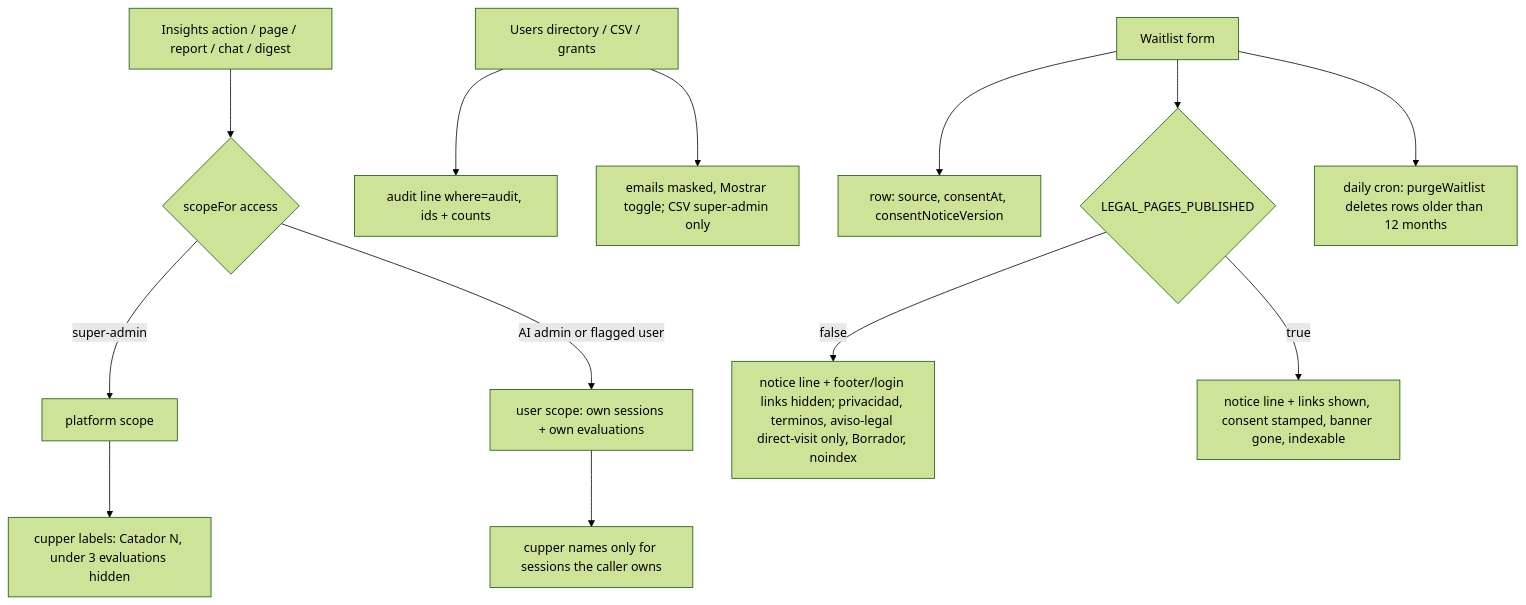
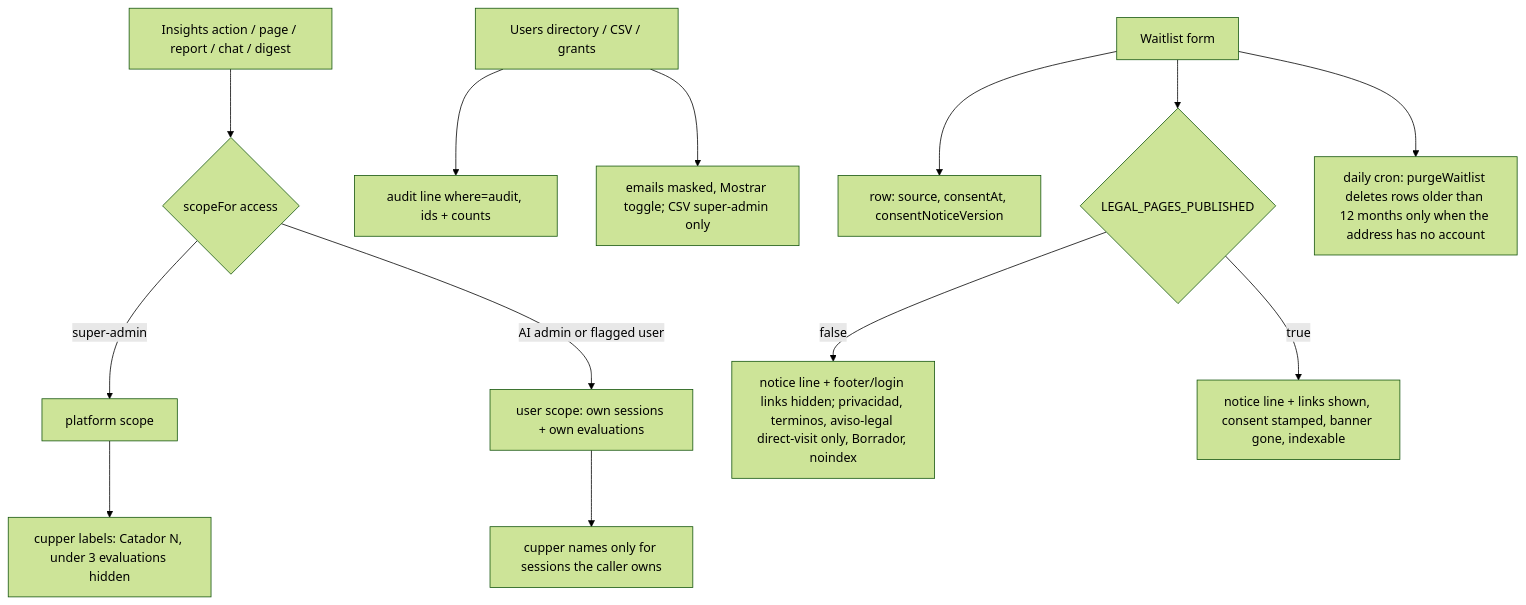
Diagram 15 of 17 in docs/flows.md (ricardovelezd27/cata-cafe), drawn with Mermaid (forest theme) before and after one commit. The commit also changed 13 other files, not shown here.

Commit message:
S10 WP9a: English back in step with the corrected Spanish, sub-heading blocks, no locale cookie, account-aware waitlist purge, sitemap, stronger tests

````diff
--- a/docs/flows.md
+++ b/docs/flows.md
@@ -939,15 +939,15 @@
 ```mermaid
 flowchart TD
   A[Insights action / page / report / chat / digest] --> S{scopeFor access}
   S -- super-admin --> P[platform scope]
   S -- AI admin or flagged user --> U[user scope: own sessions + own evaluations]
   P --> C[cupper labels: Catador N, under 3 evaluations hidden]
   U --> N[cupper names only for sessions the caller owns]
   D[Users directory / CSV / grants] --> L[audit line where=audit, ids + counts]
   D --> M[emails masked, Mostrar toggle; CSV super-admin only]
   W[Waitlist form] --> R[row: source, consentAt, consentNoticeVersion]
   W --> Q{LEGAL_PAGES_PUBLISHED}
   Q -- false --> X[notice line + footer/login links hidden; privacidad, terminos, aviso-legal direct-visit only, Borrador, noindex]
   Q -- true --> Y[notice line + links shown, consent stamped, banner gone, indexable]
-  W --> K[daily cron: purgeWaitlist deletes rows older than 12 months]
+  W --> K[daily cron: purgeWaitlist deletes rows older than 12 months only when the address has no account]
 ```
````
